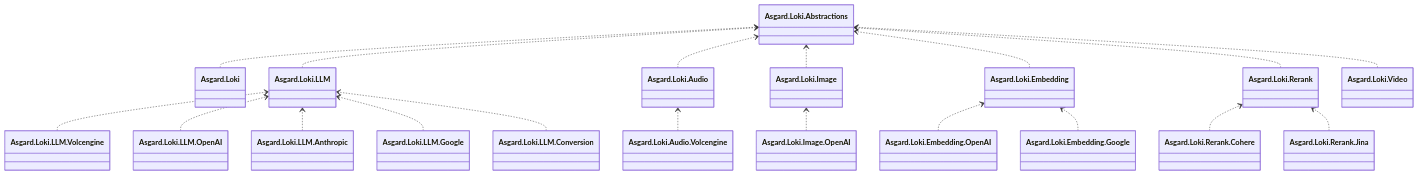
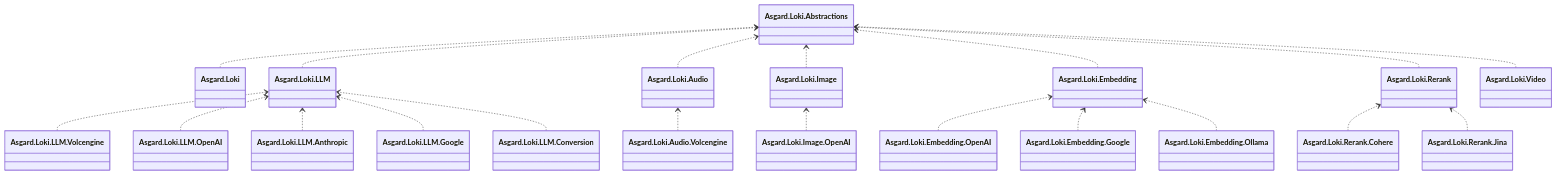
Before and after one commit to BenLampson/Asgard.Loki: the first of 21 diagrams in docs/architecture.md, drawn with Mermaid. The commit also changed other lines of this file and 25 other files, not shown here.

Commit message:
feat(embedding): add native Ollama text and multimodal provider

````diff
--- a/docs/architecture.md
+++ b/docs/architecture.md
@@ -9,41 +9,43 @@
 ```mermaid
 classDiagram
 direction BT
 class Abstractions["Asgard.Loki.Abstractions"]
 class Client["Asgard.Loki"]
 class LLM["Asgard.Loki.LLM"]
 class Audio["Asgard.Loki.Audio"]
 class Image["Asgard.Loki.Image"]
 class Embedding["Asgard.Loki.Embedding"]
 class Rerank["Asgard.Loki.Rerank"]
 class OpenAIEmbedding["Asgard.Loki.Embedding.OpenAI"]
 class GoogleEmbedding["Asgard.Loki.Embedding.Google"]
+class OllamaEmbedding["Asgard.Loki.Embedding.Ollama"]
 class CohereRerank["Asgard.Loki.Rerank.Cohere"]
 class JinaRerank["Asgard.Loki.Rerank.Jina"]
 class Video["Asgard.Loki.Video"]
 class Ark["Asgard.Loki.LLM.Volcengine"]
 class OpenAILLM["Asgard.Loki.LLM.OpenAI"]
 class AnthropicLLM["Asgard.Loki.LLM.Anthropic"]
 class GoogleLLM["Asgard.Loki.LLM.Google"]
 class Conversion["Asgard.Loki.LLM.Conversion"]
 class Speech["Asgard.Loki.Audio.Volcengine"]
 class OpenAIImage["Asgard.Loki.Image.OpenAI"]
 Client ..> Abstractions
 LLM ..> Abstractions
 Audio ..> Abstractions
 Image ..> Abstractions
 Embedding ..> Abstractions
 Rerank ..> Abstractions
 OpenAIEmbedding ..> Embedding
 GoogleEmbedding ..> Embedding
+OllamaEmbedding ..> Embedding
 CohereRerank ..> Rerank
 JinaRerank ..> Rerank
 Video ..> Abstractions
 Ark ..> LLM
 OpenAILLM ..> LLM
 AnthropicLLM ..> LLM
 GoogleLLM ..> LLM
 Conversion ..> LLM
 Speech ..> Audio
 OpenAIImage ..> Image
 ```
````
